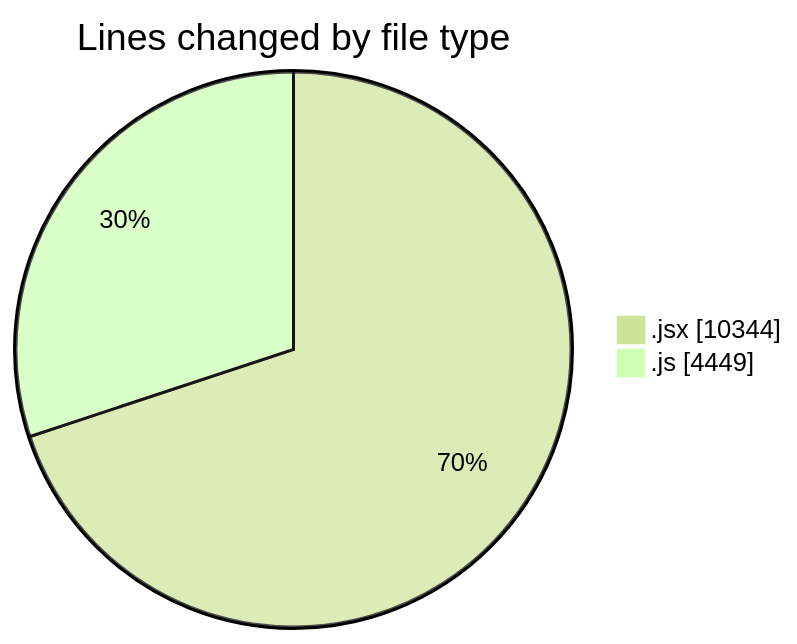
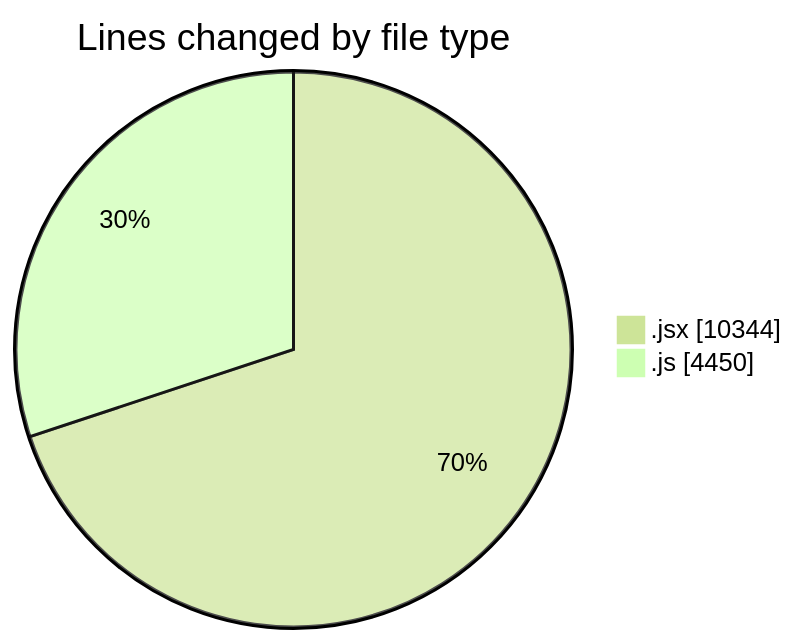
Before and after one commit to nxtqubesakshisongat/code-tracking: the first of 2 diagrams in 2025-09-23/nxtqube_webapp/README.md, drawn with Mermaid (forest theme). The commit also changed other lines of this file and 1 other file, not shown here.

````diff
--- a/2025-09-23/nxtqube_webapp/README.md
+++ b/2025-09-23/nxtqube_webapp/README.md
@@ -24,6 +24,6 @@
 ```mermaid
 pie showData
 title Lines changed by file type
 ".jsx" : 10344
-".js" : 4449
+".js" : 4450
 ```
````
